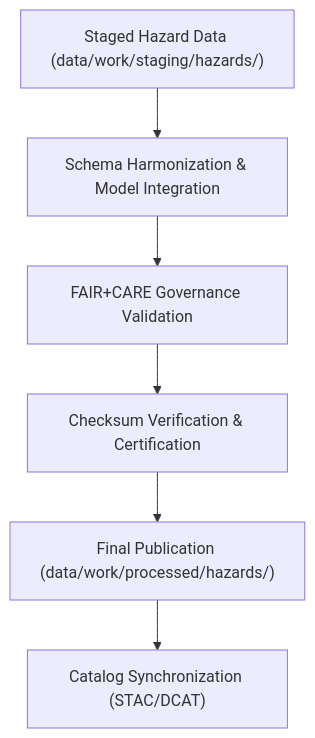
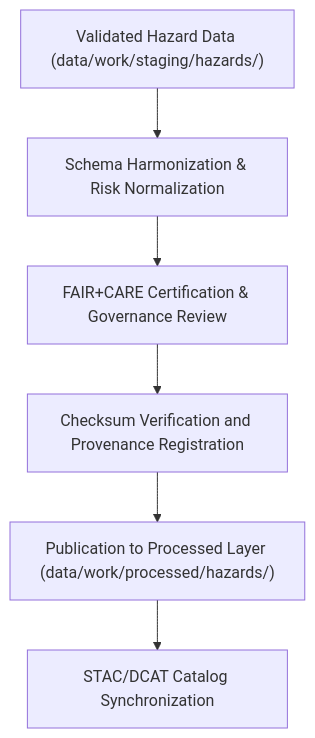
Before and after one commit to bartytime4life/Kansas-Frontier-Matrix: the diagram in data/work/processed/hazards/README.md, drawn with Mermaid. The commit also changed other lines of this file, not shown here.

````diff
--- a/data/work/processed/hazards/README.md
+++ b/data/work/processed/hazards/README.md
@@ -67,8 +63,8 @@
 ```mermaid
 flowchart TD
-    A["Staged Hazard Data (data/work/staging/hazards/)"] --> B["Schema Harmonization & Model Integration"]
-    B --> C["FAIR+CARE Governance Validation"]
-    C --> D["Checksum Verification & Certification"]
-    D --> E["Final Publication (data/work/processed/hazards/)"]
-    E --> F["Catalog Synchronization (STAC/DCAT)"]
+    A["Validated Hazard Data (data/work/staging/hazards/)"] --> B["Schema Harmonization & Risk Normalization"]
+    B --> C["FAIR+CARE Certification & Governance Review"]
+    C --> D["Checksum Verification and Provenance Registration"]
+    D --> E["Publication to Processed Layer (data/work/processed/hazards/)"]
+    E --> F["STAC/DCAT Catalog Synchronization"]
 ```
````
